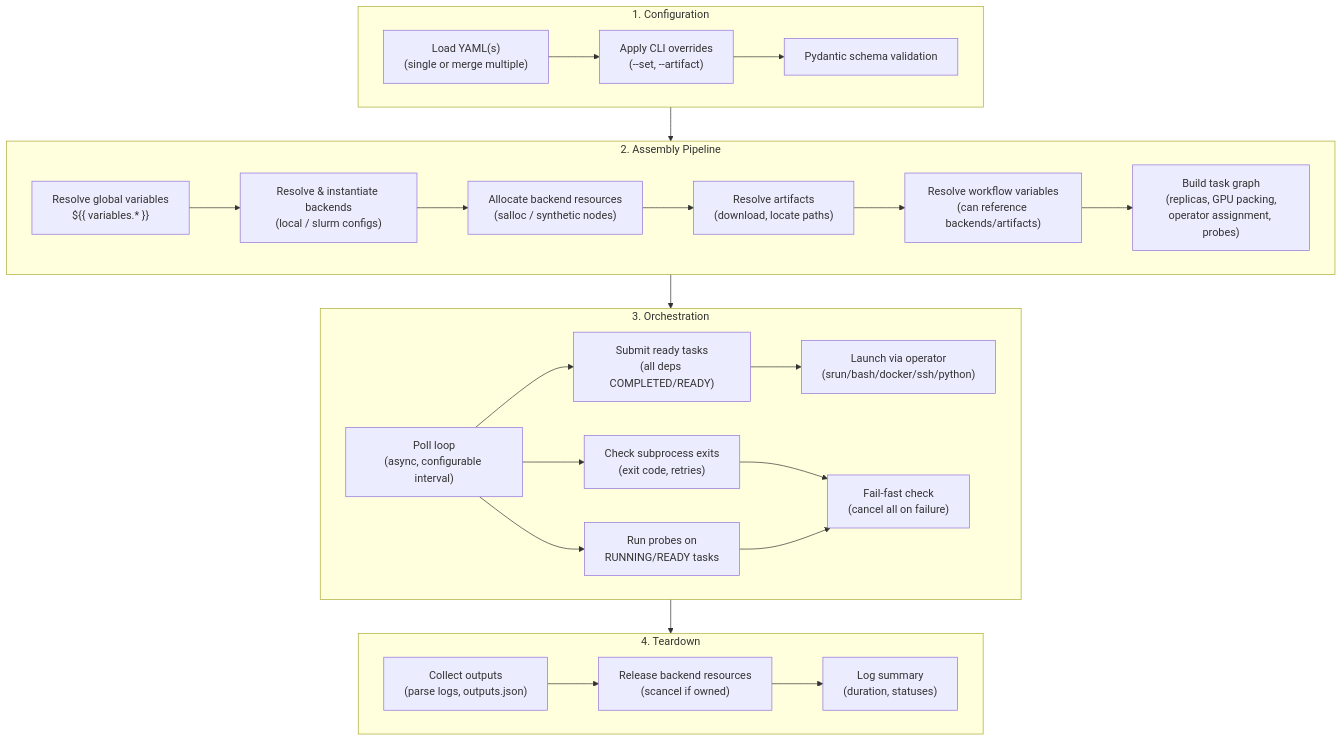
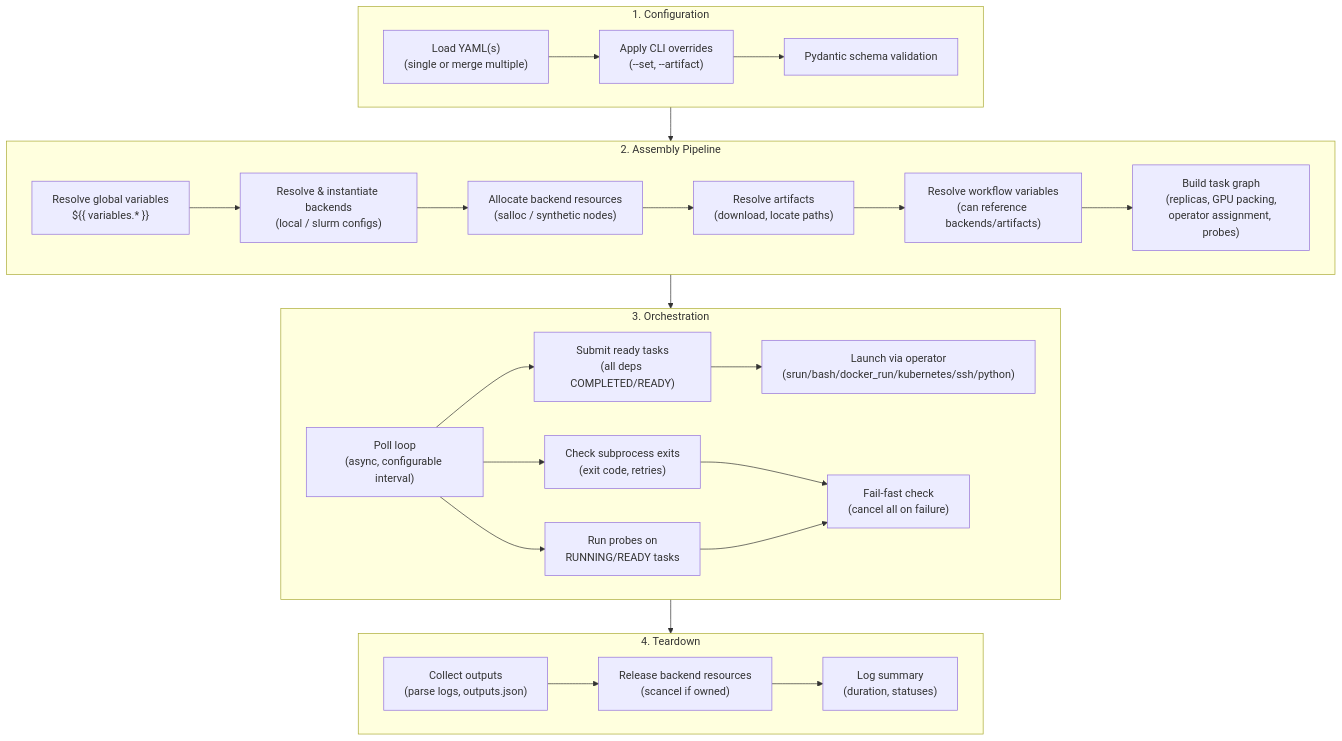
One commit to NVIDIA/nv-sflow changed the second of 4 diagrams in docs/user/architecture.md. Above: the diagram before and after it, drawn with Mermaid. The commit also changed other lines of this file and 235 other files, not shown here.

````diff
--- a/docs/user/architecture.md
+++ b/docs/user/architecture.md
@@ -89,44 +93,44 @@
 ```mermaid
 flowchart TD
   subgraph Phase1["1. Configuration"]
     load["Load YAML(s)\n(single or merge multiple)"]
     override["Apply CLI overrides\n(--set, --artifact)"]
     validate["Pydantic schema validation"]
     load --> override --> validate
   end
 
   subgraph Phase2["2. Assembly Pipeline"]
     resolve_vars["Resolve global variables\n${{ variables.* }}"]
     resolve_be["Resolve & instantiate backends\n(local / slurm configs)"]
     allocate["Allocate backend resources\n(salloc / synthetic nodes)"]
     resolve_art["Resolve artifacts\n(download, locate paths)"]
     resolve_wf_vars["Resolve workflow variables\n(can reference backends/artifacts)"]
     build_tg["Build task graph\n(replicas, GPU packing,\noperator assignment, probes)"]
     resolve_vars --> resolve_be --> allocate
     allocate --> resolve_art --> resolve_wf_vars --> build_tg
   end
 
   subgraph Phase3["3. Orchestration"]
     poll["Poll loop\n(async, configurable interval)"]
     submit["Submit ready tasks\n(all deps COMPLETED/READY)"]
-    launch["Launch via operator\n(srun/bash/docker/ssh/python)"]
+    launch["Launch via operator\n(srun/bash/docker_run/kubernetes/ssh/python)"]
     probes["Run probes on\nRUNNING/READY tasks"]
     check_exit["Check subprocess exits\n(exit code, retries)"]
     failfast["Fail-fast check\n(cancel all on failure)"]
 
     poll --> submit --> launch
     poll --> check_exit
     poll --> probes
     check_exit --> failfast
     probes --> failfast
   end
 
   subgraph Phase4["4. Teardown"]
     collect["Collect outputs\n(parse logs, outputs.json)"]
     release["Release backend resources\n(scancel if owned)"]
     summary["Log summary\n(duration, statuses)"]
     collect --> release --> summary
   end
 
   Phase1 --> Phase2 --> Phase3 --> Phase4
 ```
````
